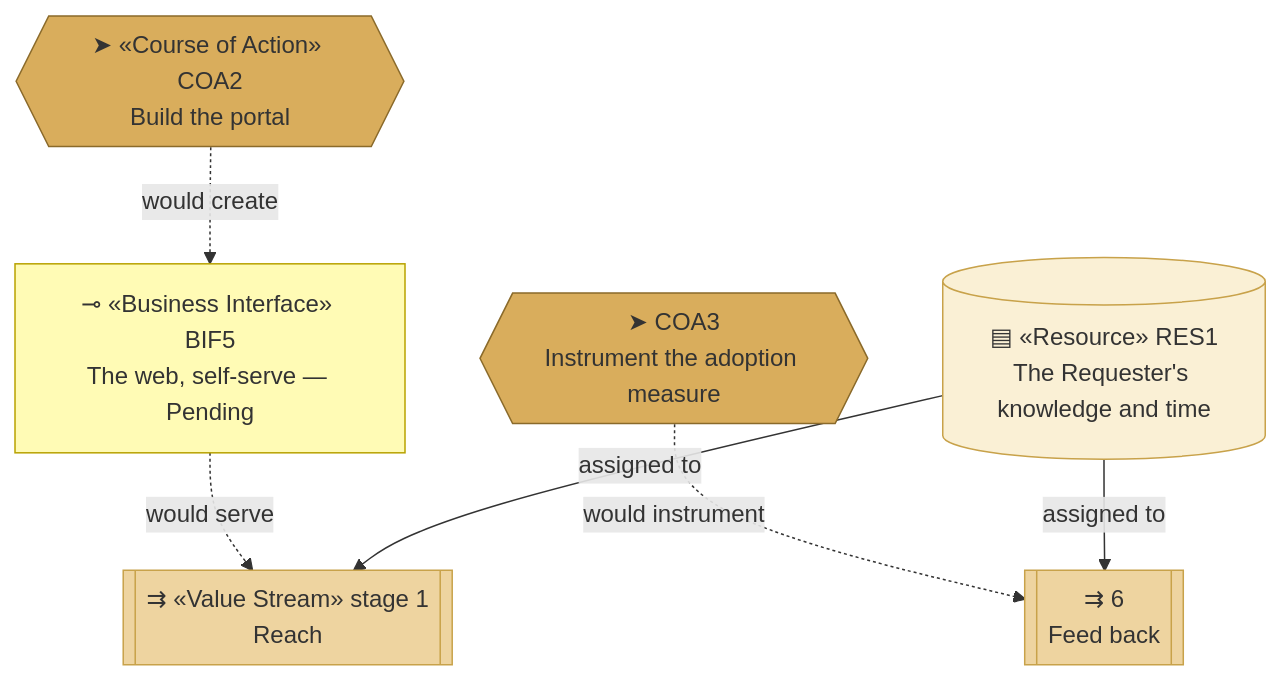
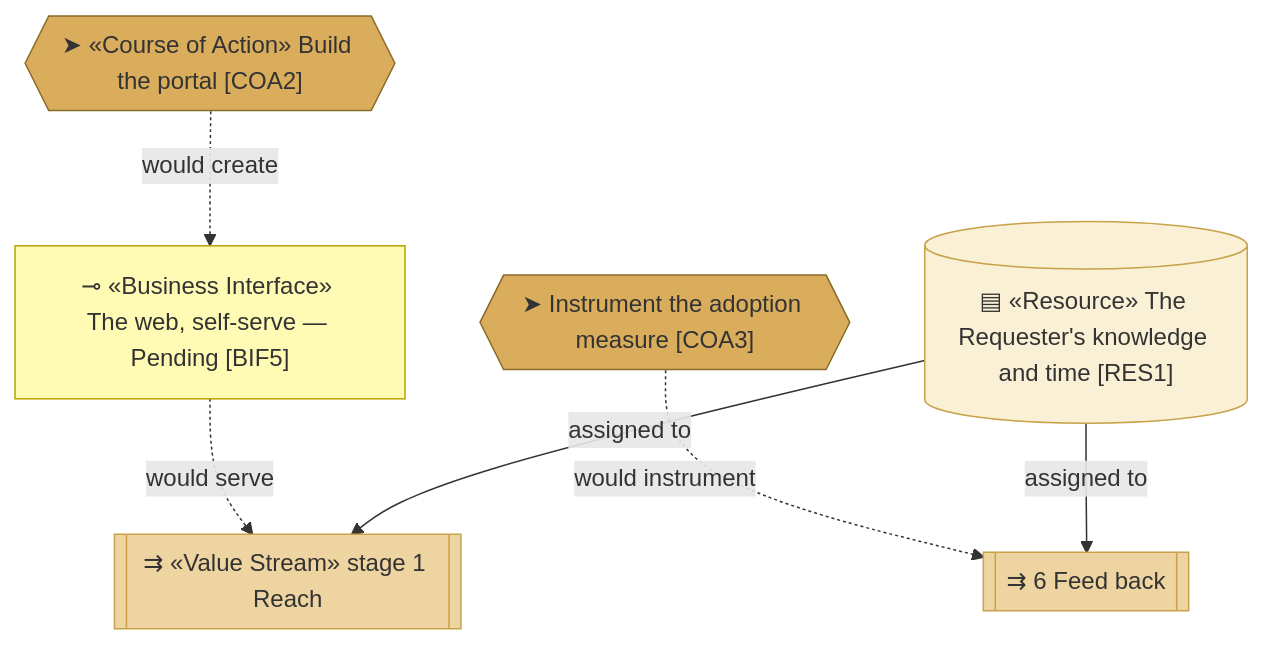
Before and after one commit to roanboc/architecture-archreator: the fourth of 4 diagrams in org-archreator/architecture/1_strategy/3_value-stream.md, drawn with Mermaid. The commit also changed other lines of this file and 38 other files, not shown here.

````diff
--- a/org-archreator/architecture/1_strategy/3_value-stream.md
+++ b/org-archreator/architecture/1_strategy/3_value-stream.md
@@ -139,23 +139,23 @@
 ```mermaid
 flowchart TB
-  s1[["⇉ «Value Stream» stage 1<br>Reach"]]:::stage
-  s6[["⇉ 6<br>Feed back"]]:::stage
+  s1[["⇉ «Value Stream» stage 1 Reach"]]:::stage
+  s6[["⇉ 6 Feed back"]]:::stage
 
-  bif5["⊸ «Business Interface» BIF5<br>The web, self-serve — Pending"]:::interface
+  bif5["⊸ «Business Interface» The web, self-serve — Pending [BIF5]"]:::interface
 
-  coa2{{"➤ «Course of Action» COA2<br>Build the portal"}}:::action
-  coa3{{"➤ COA3<br>Instrument the adoption measure"}}:::action
+  coa2{{"➤ «Course of Action» Build the portal [COA2]"}}:::action
+  coa3{{"➤ Instrument the adoption measure [COA3]"}}:::action
 
-  res1[("▤ «Resource» RES1<br>The Requester's knowledge and time")]:::resource
+  res1[("▤ «Resource» The Requester's knowledge and time [RES1]")]:::resource
 
   coa2 -.->|would create| bif5
   bif5 -.->|would serve| s1
   coa3 -.->|would instrument| s6
   res1 -->|assigned to| s1
   res1 -->|assigned to| s6
 
   classDef stage fill:#eed4a0,stroke:#c8a24a,color:#333
   classDef interface fill:#fffbb5,stroke:#b8a200,color:#333
   classDef action fill:#d9ad5c,stroke:#8a6a2a,color:#333
   classDef resource fill:#faf0d5,stroke:#c8a24a,color:#333
 ```
````
